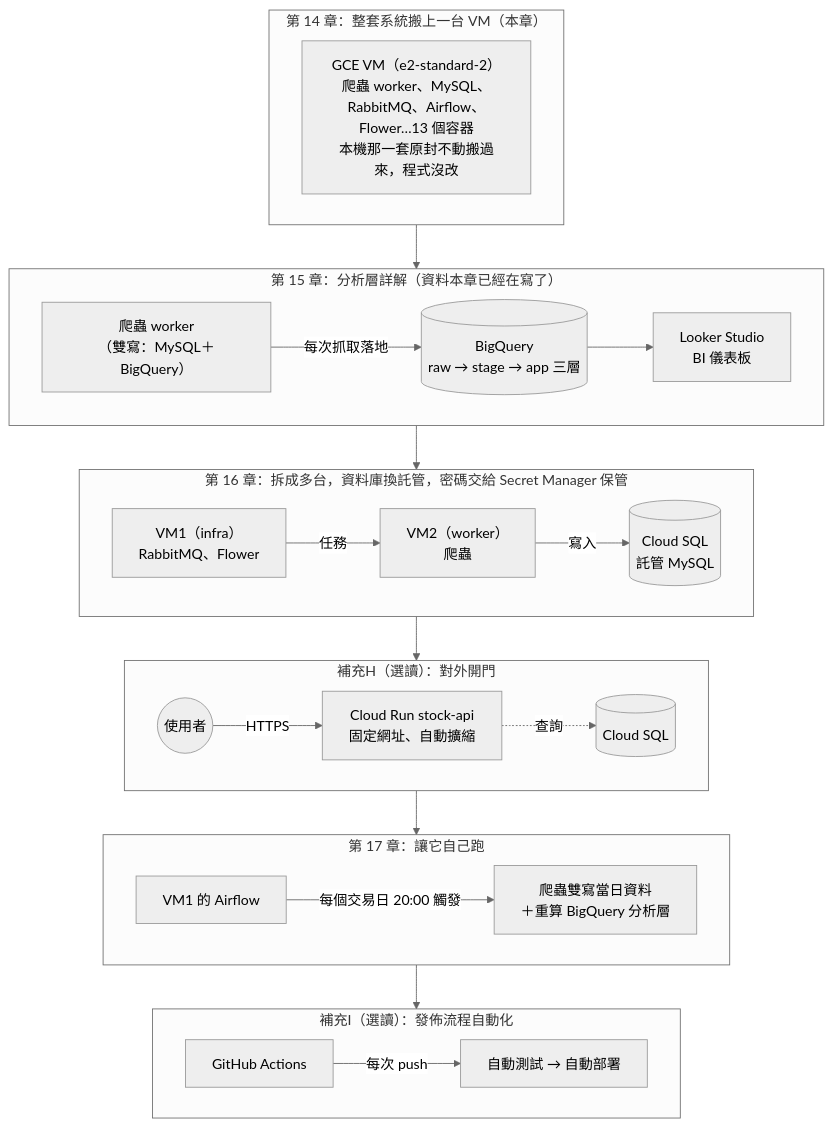
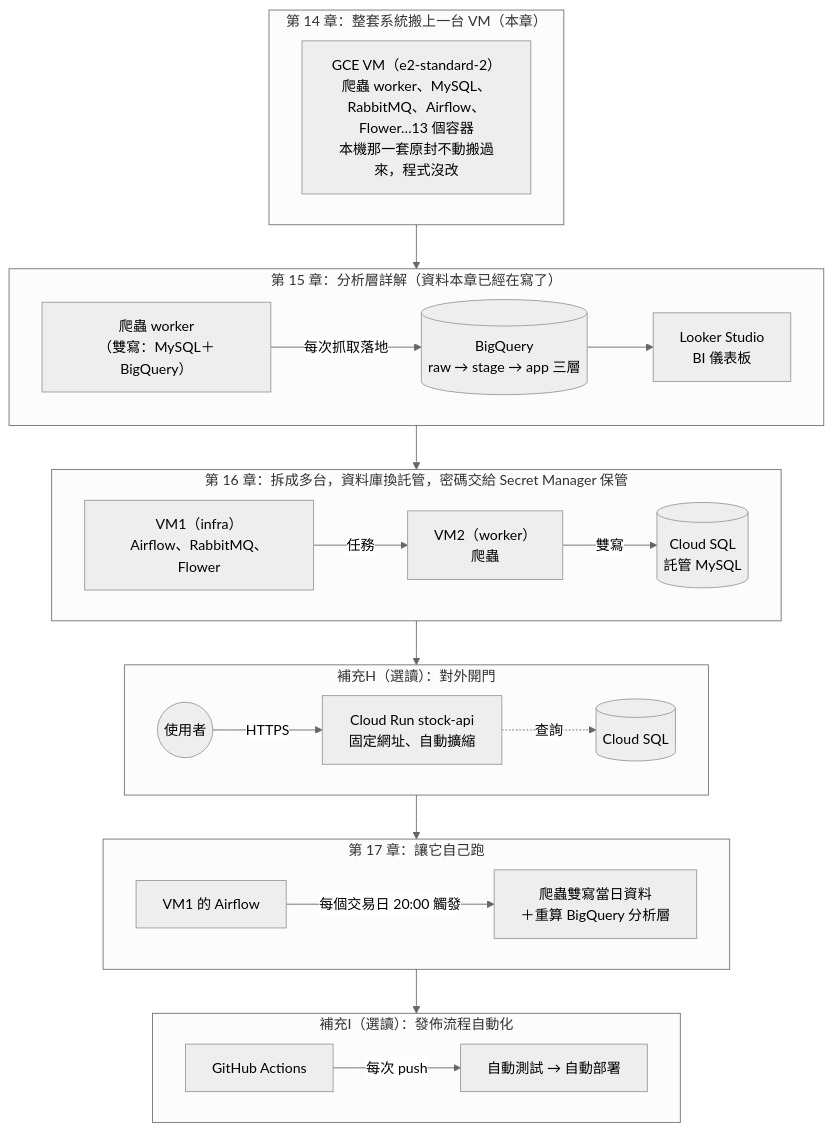
The first of 2 diagrams in 課程手冊/課程手冊14 - GCP開通與雲端部署.md (lu791019/stock-crawler-de-course-materials), drawn with Mermaid (neutral theme) before and after one commit. The commit also changed other lines of this file and 3 other files, not shown here.

Commit message:
fix: 14-17 章稽核修正——13 條必須修（跨章段落編號過時 7 處/Airflow 埠號 8080→8081/檢查表與架構圖漏 Airflow/Part J 階層/內部驗證紀錄/producer 說法殘留）＋建議修（工具表補 Airflow、舊 MySQL 資料去向說明、環境數值去具體化、uv 理由更新、兩種給變數方式說明、開工 SOP 補 VM2 確認）

````diff
--- a/課程手冊/課程手冊14 - GCP開通與雲端部署.md
+++ b/課程手冊/課程手冊14 - GCP開通與雲端部署.md
@@ -173,22 +173,22 @@
 ```mermaid
 flowchart TB
     subgraph S14["第 14 章：整套系統搬上一台 VM（本章）"]
         VM["GCE VM（e2-standard-2）<br/>爬蟲 worker、MySQL、RabbitMQ、Airflow、Flower…13 個容器<br/>本機那一套原封不動搬過來，程式沒改"]
     end
     subgraph S15["第 15 章：分析層詳解（資料本章已經在寫了）"]
         W15["爬蟲 worker<br/>（雙寫：MySQL＋BigQuery）"] -->|每次抓取落地| BQ15[("BigQuery<br/>raw → stage → app 三層")] --> LS15["Looker Studio<br/>BI 儀表板"]
     end
     subgraph S16["第 16 章：拆成多台，資料庫換託管，密碼交給 Secret Manager 保管"]
-        VM1["VM1（infra）<br/>RabbitMQ、Flower"] -->|任務| VM2["VM2（worker）<br/>爬蟲"] -->|寫入| SQL16[("Cloud SQL<br/>託管 MySQL")]
+        VM1["VM1（infra）<br/>Airflow、RabbitMQ、Flower"] -->|任務| VM2["VM2（worker）<br/>爬蟲"] -->|雙寫| SQL16[("Cloud SQL<br/>託管 MySQL")]
     end
     subgraph SG["補充H（選讀）：對外開門"]
         U(("使用者")) -->|HTTPS| CR["Cloud Run stock-api<br/>固定網址、自動擴縮"] -.->|查詢| SQLG[("Cloud SQL")]
     end
     subgraph S17["第 17 章：讓它自己跑"]
         AF17["VM1 的 Airflow"] -->|每個交易日 20:00 觸發| SY17["爬蟲雙寫當日資料<br/>＋重算 BigQuery 分析層"]
     end
     subgraph SI["補充I（選讀）：發佈流程自動化"]
         GH17["GitHub Actions"] -->|每次 push| T17["自動測試 → 自動部署"]
     end
     S14 --> S15 --> S16 --> SG --> S17 --> SI
 ```
````
